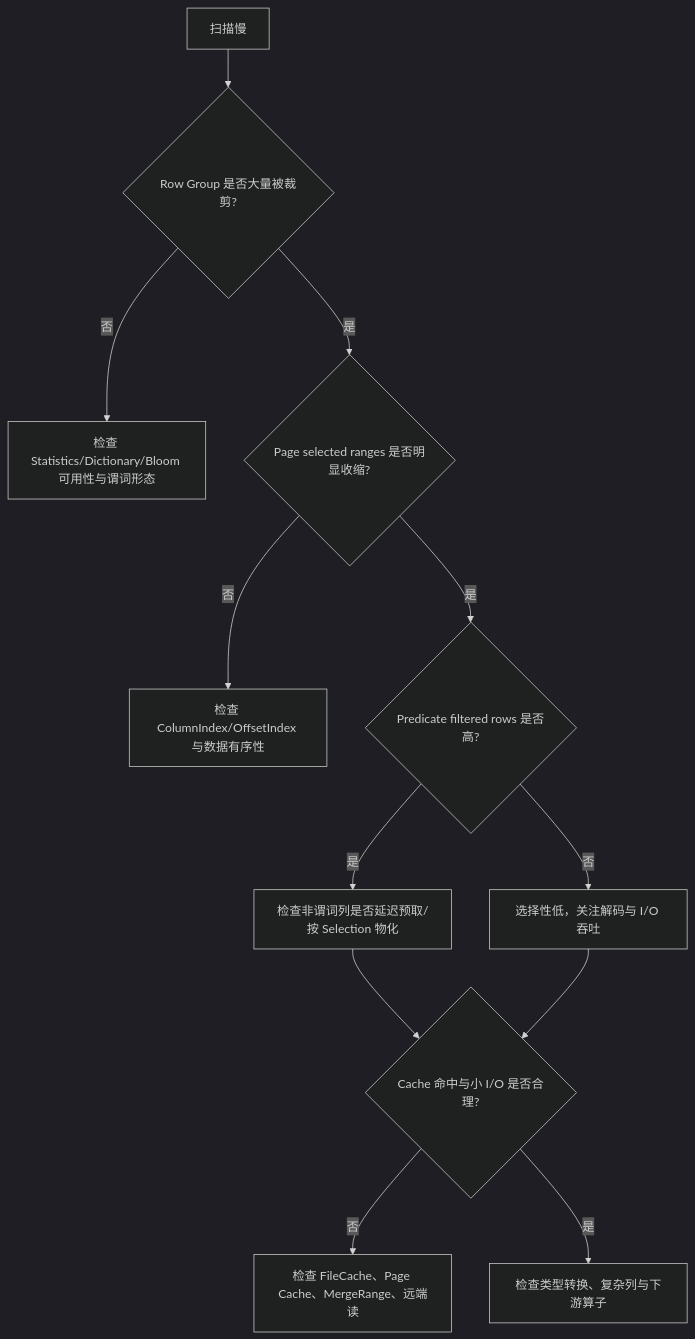
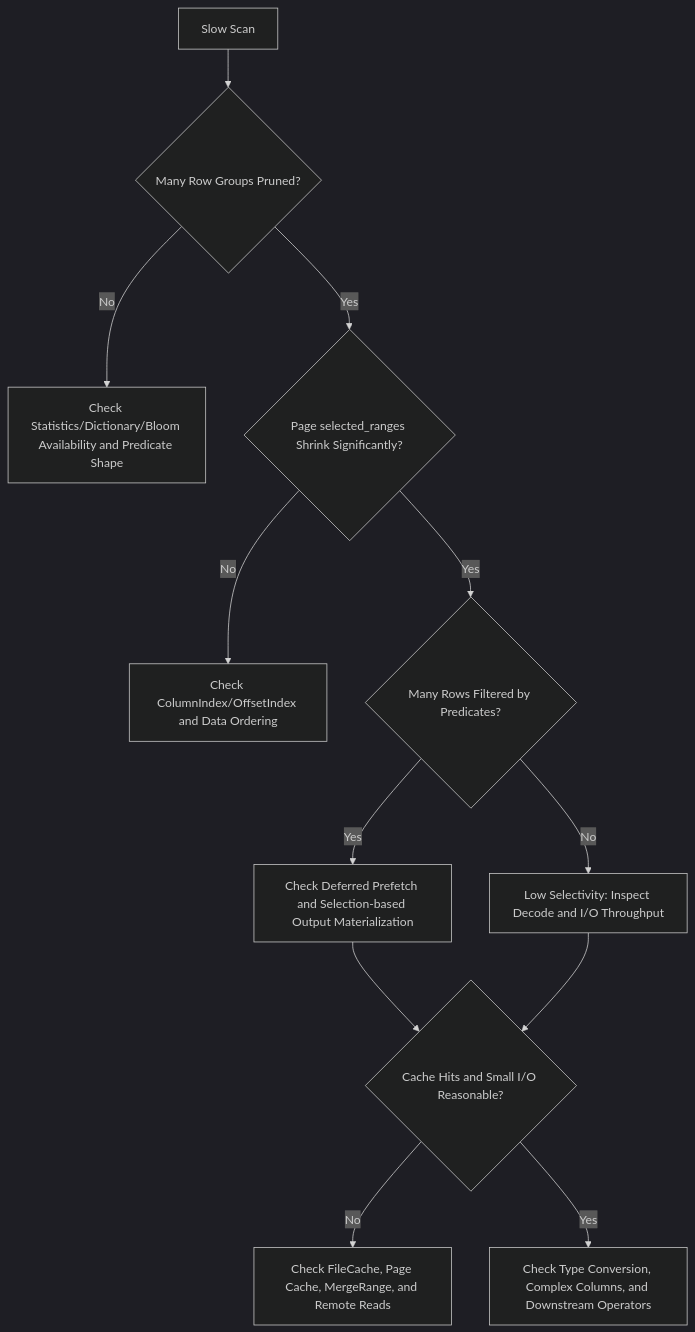
One commit to apache/doris changed diagram 12 of 13 in docs/file-scanner-v2-parquet-scan-design.md. Above: the diagram before and after it, drawn with Mermaid (dark theme). The commit also changed other lines of this file and 1 other file, not shown here.

````diff
--- a/docs/file-scanner-v2-parquet-scan-design.md
+++ b/docs/file-scanner-v2-parquet-scan-design.md
@@ -405,14 +445,14 @@
 ```mermaid
 flowchart TD
-  A[扫描慢] --> B{Row Group 是否大量被裁剪?}
-  B -- "否" --> C[检查 Statistics/Dictionary/Bloom 可用性与谓词形态]
-  B -- "是" --> D{Page selected ranges 是否明显收缩?}
-  D -- "否" --> E[检查 ColumnIndex/OffsetIndex 与数据有序性]
-  D -- "是" --> F{Predicate filtered rows 是否高?}
-  F -- "是" --> G[检查非谓词列是否延迟预取/按 Selection 物化]
-  F -- "否" --> H[选择性低，关注解码与 I/O 吞吐]
-  G --> I{Cache 命中与小 I/O 是否合理?}
+  A[Slow Scan] --> B{Many Row Groups Pruned?}
+  B -- "No" --> C[Check Statistics/Dictionary/Bloom Availability and Predicate Shape]
+  B -- "Yes" --> D{Page selected_ranges Shrink Significantly?}
+  D -- "No" --> E[Check ColumnIndex/OffsetIndex and Data Ordering]
+  D -- "Yes" --> F{Many Rows Filtered by Predicates?}
+  F -- "Yes" --> G[Check Deferred Prefetch and Selection-based Output Materialization]
+  F -- "No" --> H[Low Selectivity: Inspect Decode and I/O Throughput]
+  G --> I{Cache Hits and Small I/O Reasonable?}
   H --> I
-  I -- "否" --> J[检查 FileCache、Page Cache、MergeRange、远端读]
-  I -- "是" --> K[检查类型转换、复杂列与下游算子]
+  I -- "No" --> J[Check FileCache, Page Cache, MergeRange, and Remote Reads]
+  I -- "Yes" --> K[Check Type Conversion, Complex Columns, and Downstream Operators]
 ```
````
